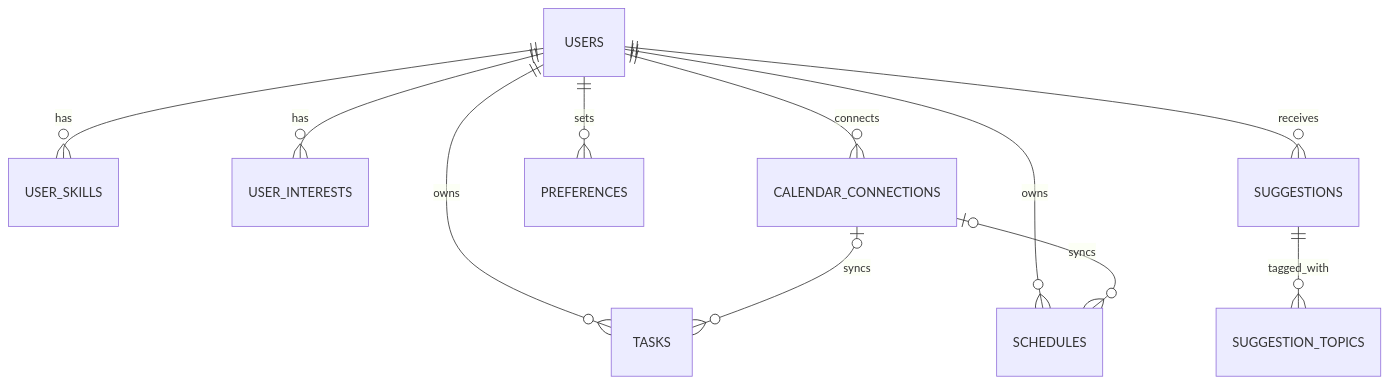
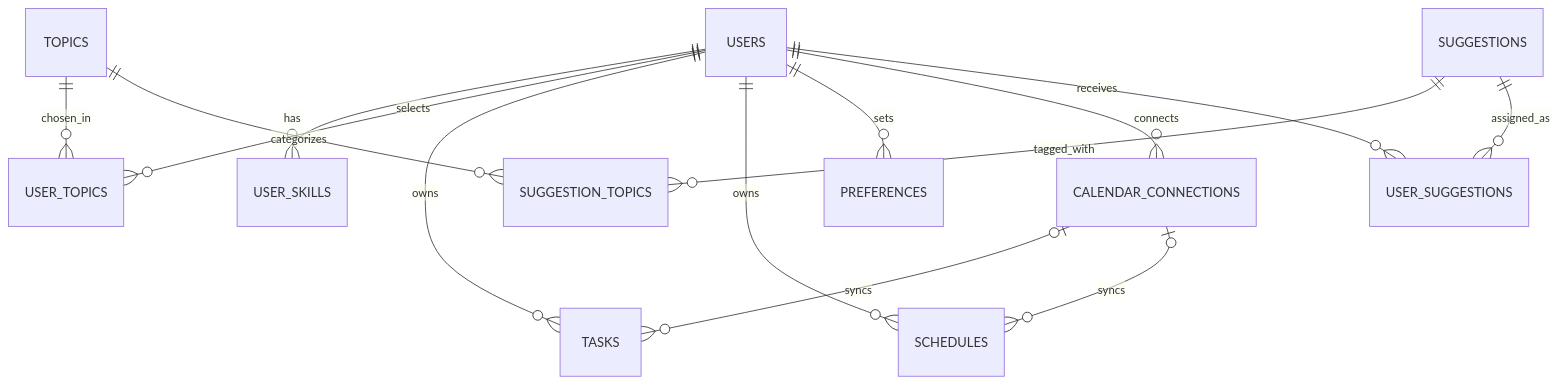
Before and after one commit to gratiostudios-ops/fuse: the diagram in OVERVIEW.md, drawn with Mermaid. The commit also changed other lines of this file, not shown here.

````diff
--- a/OVERVIEW.md
+++ b/OVERVIEW.md
@@ -123,13 +139,16 @@
 ```mermaid
- erDiagram
+erDiagram
     USERS ||--o{ USER_SKILLS : has
-    USERS ||--o{ USER_INTERESTS : has
+    USERS ||--o{ USER_TOPICS : selects
+    TOPICS ||--o{ USER_TOPICS : chosen_in
     USERS ||--o{ TASKS : owns
     USERS ||--o{ SCHEDULES : owns
-    USERS ||--o{ SUGGESTIONS : receives
     USERS ||--o{ PREFERENCES : sets
     USERS ||--o{ CALENDAR_CONNECTIONS : connects
     CALENDAR_CONNECTIONS o|--o{ TASKS : syncs
     CALENDAR_CONNECTIONS o|--o{ SCHEDULES : syncs
     SUGGESTIONS ||--o{ SUGGESTION_TOPICS : tagged_with
+    TOPICS ||--o{ SUGGESTION_TOPICS : categorizes
+    USERS ||--o{ USER_SUGGESTIONS : receives
+    SUGGESTIONS ||--o{ USER_SUGGESTIONS : assigned_as
 ```
````
